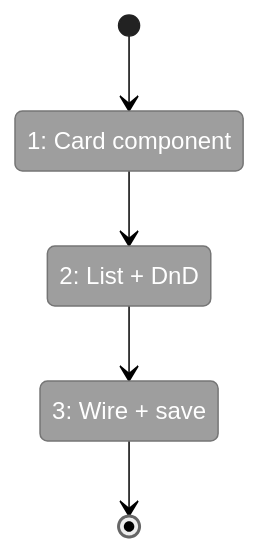
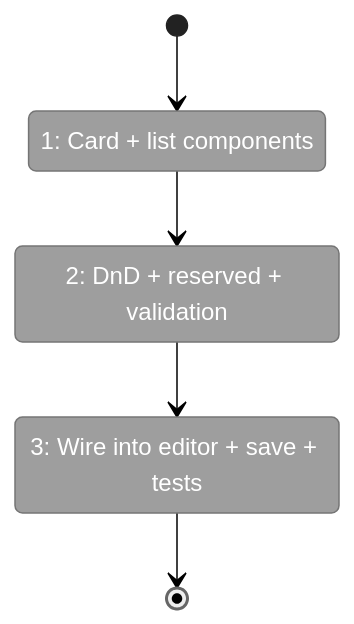
One commit to AI-Substrate/chainglass changed the first of 2 diagrams in docs/plans/058-workunit-editor/tasks/phase-3-inputs-outputs-configuration/tasks.fltplan.md. Above: the diagram before and after it, drawn with Mermaid (neutral theme). The commit also changed other lines of this file and 1 other file, not shown here.

````diff
--- a/docs/plans/058-workunit-editor/tasks/phase-3-inputs-outputs-configuration/tasks.fltplan.md
+++ b/docs/plans/058-workunit-editor/tasks/phase-3-inputs-outputs-configuration/tasks.fltplan.md
@@ -40,18 +40,18 @@
 ```mermaid
 stateDiagram-v2
     classDef pending fill:#9E9E9E,stroke:#757575,color:#fff
     classDef active fill:#FFC107,stroke:#FFA000,color:#000
     classDef done fill:#4CAF50,stroke:#388E3C,color:#fff
     classDef blocked fill:#F44336,stroke:#D32F2F,color:#fff
 
-    state "1: Card component" as S1
-    state "2: List + DnD" as S2
-    state "3: Wire + save" as S3
+    state "1: Card + list components" as S1
+    state "2: DnD + reserved + validation" as S2
+    state "3: Wire into editor + save + tests" as S3
 
     [*] --> S1
     S1 --> S2
     S2 --> S3
     S3 --> [*]
 
     class S1,S2,S3 pending
 ```
````
